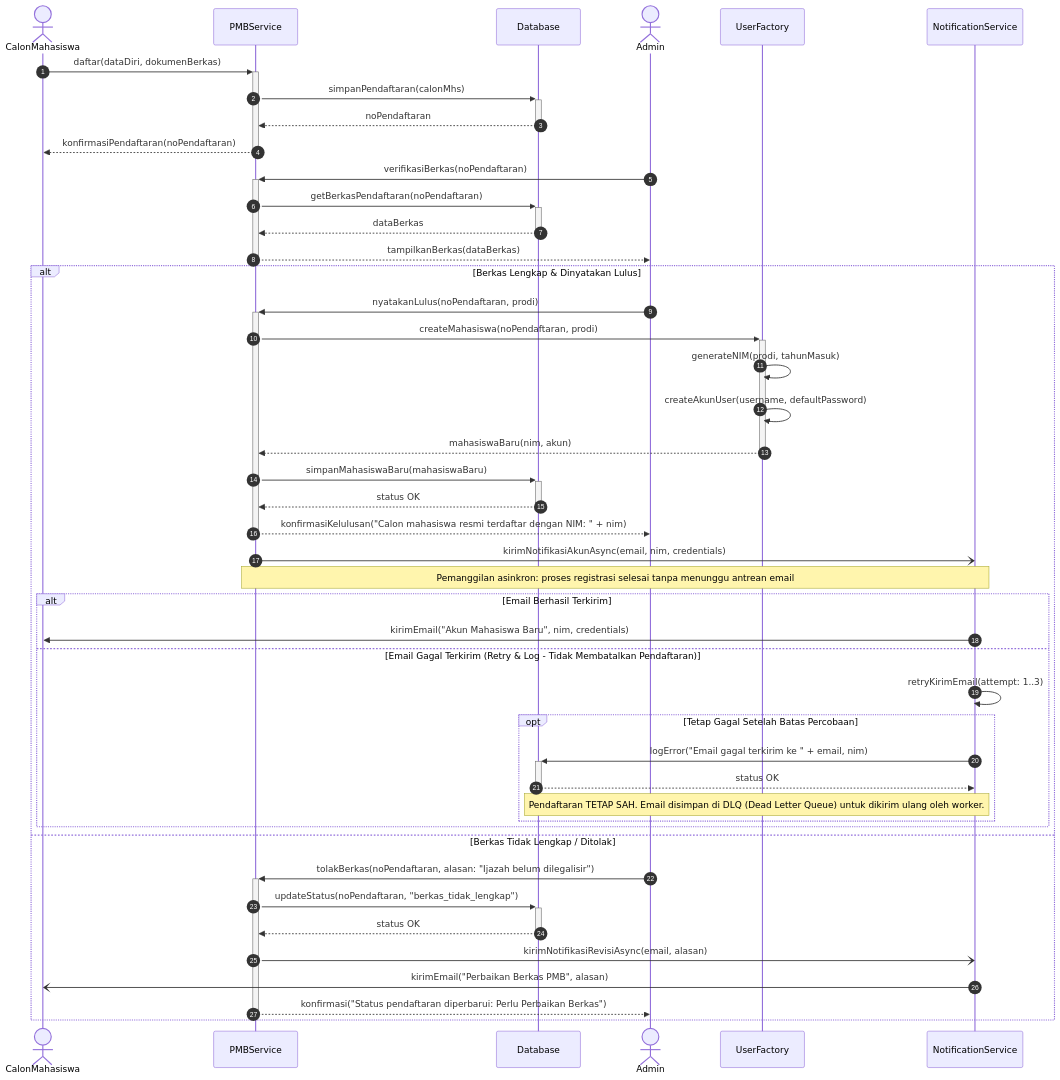
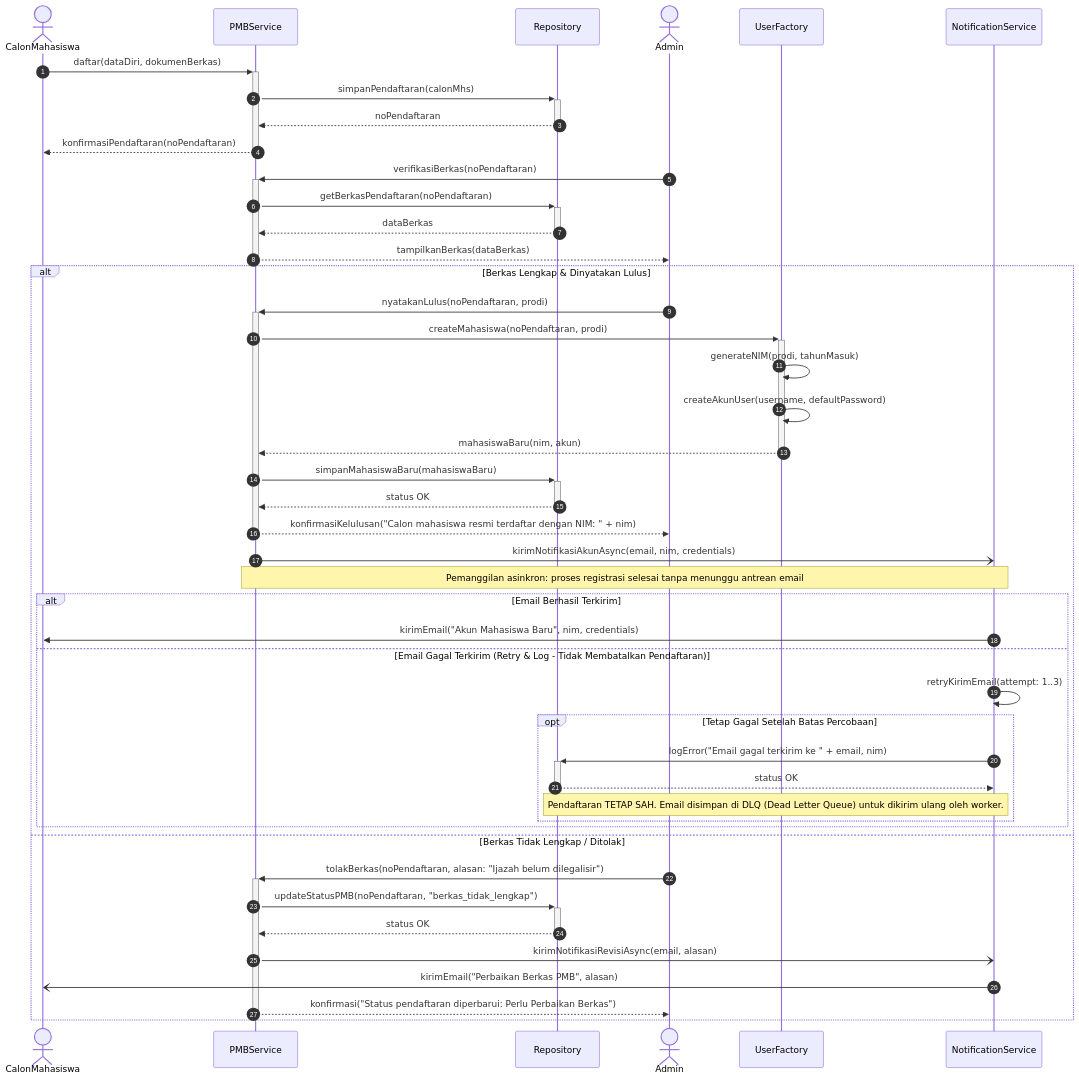
The diagram in diagram/pmb-sequence-diagram.mmd (zainunkamal/sevima-mini), drawn with Mermaid before and after one commit. The commit also changed 20 other files, not shown here.

Commit message:
feat: synchronize class diagram (v5), use case (v2), and complete 100% sequence coverage

```diff
--- a/diagram/pmb-sequence-diagram.mmd
+++ b/diagram/pmb-sequence-diagram.mmd
@@ -1,61 +1,61 @@
 sequenceDiagram
     autonumber
     actor CalonMahasiswa
     participant PMBService
-    participant Database
+    participant Repository
     actor Admin
     participant UserFactory
     participant NotificationService
 
     %% 1. Pendaftaran oleh Calon Mahasiswa
     CalonMahasiswa ->>+ PMBService: daftar(dataDiri, dokumenBerkas)
-    PMBService ->>+ Database: simpanPendaftaran(calonMhs)
-    Database -->>- PMBService: noPendaftaran
+    PMBService ->>+ Repository: simpanPendaftaran(calonMhs)
+    Repository -->>- PMBService: noPendaftaran
     PMBService -->>- CalonMahasiswa: konfirmasiPendaftaran(noPendaftaran)
 
     %% 2. Verifikasi Berkas oleh Admin
     Admin ->>+ PMBService: verifikasiBerkas(noPendaftaran)
-    PMBService ->>+ Database: getBerkasPendaftaran(noPendaftaran)
-    Database -->>- PMBService: dataBerkas
+    PMBService ->>+ Repository: getBerkasPendaftaran(noPendaftaran)
+    Repository -->>- PMBService: dataBerkas
     PMBService -->>- Admin: tampilkanBerkas(dataBerkas)
 
     %% 3. Alternate Flow: Evaluasi Kelengkapan Berkas
     alt Berkas Lengkap & Dinyatakan Lulus
         Admin ->>+ PMBService: nyatakanLulus(noPendaftaran, prodi)
         
         %% Pembuatan Mahasiswa & Akun via UserFactory
         PMBService ->>+ UserFactory: createMahasiswa(noPendaftaran, prodi)
         UserFactory ->> UserFactory: generateNIM(prodi, tahunMasuk)
         UserFactory ->> UserFactory: createAkunUser(username, defaultPassword)
         UserFactory -->>- PMBService: mahasiswaBaru(nim, akun)
 
-        %% Simpan data Mahasiswa ke Database
-        PMBService ->>+ Database: simpanMahasiswaBaru(mahasiswaBaru)
-        Database -->>- PMBService: status OK
+        %% Simpan data Mahasiswa ke Repository
+        PMBService ->>+ Repository: simpanMahasiswaBaru(mahasiswaBaru)
+        Repository -->>- PMBService: status OK
         PMBService -->>- Admin: konfirmasiKelulusan("Calon mahasiswa resmi terdaftar dengan NIM: " + nim)
 
         %% Notifikasi Asinkron (Non-Blocking / Fire-and-Forget)
         PMBService -) NotificationService: kirimNotifikasiAkunAsync(email, nim, credentials)
         Note over PMBService,NotificationService: Pemanggilan asinkron: proses registrasi selesai tanpa menunggu antrean email
 
         %% 4. Alternate Flow: Penanganan Pengiriman Email Akun
         alt Email Berhasil Terkirim
             NotificationService ->> CalonMahasiswa: kirimEmail("Akun Mahasiswa Baru", nim, credentials)
         else Email Gagal Terkirim (Retry & Log - Tidak Membatalkan Pendaftaran)
             NotificationService ->> NotificationService: retryKirimEmail(attempt: 1..3)
             opt Tetap Gagal Setelah Batas Percobaan
-                NotificationService ->>+ Database: logError("Email gagal terkirim ke " + email, nim)
-                Database -->>- NotificationService: status OK
-                Note over NotificationService,Database: Pendaftaran TETAP SAH. Email disimpan di DLQ (Dead Letter Queue) untuk dikirim ulang oleh worker.
+                NotificationService ->>+ Repository: logError("Email gagal terkirim ke " + email, nim)
+                Repository -->>- NotificationService: status OK
+                Note over NotificationService,Repository: Pendaftaran TETAP SAH. Email disimpan di DLQ (Dead Letter Queue) untuk dikirim ulang oleh worker.
             end
         end
 
     else Berkas Tidak Lengkap / Ditolak
         Admin ->>+ PMBService: tolakBerkas(noPendaftaran, alasan: "Ijazah belum dilegalisir")
-        PMBService ->>+ Database: updateStatus(noPendaftaran, "berkas_tidak_lengkap")
-        Database -->>- PMBService: status OK
+        PMBService ->>+ Repository: updateStatusPMB(noPendaftaran, "berkas_tidak_lengkap")
+        Repository -->>- PMBService: status OK
         
         PMBService -) NotificationService: kirimNotifikasiRevisiAsync(email, alasan)
         NotificationService -) CalonMahasiswa: kirimEmail("Perbaikan Berkas PMB", alasan)
         PMBService -->>- Admin: konfirmasi("Status pendaftaran diperbarui: Perlu Perbaikan Berkas")
     end
```
